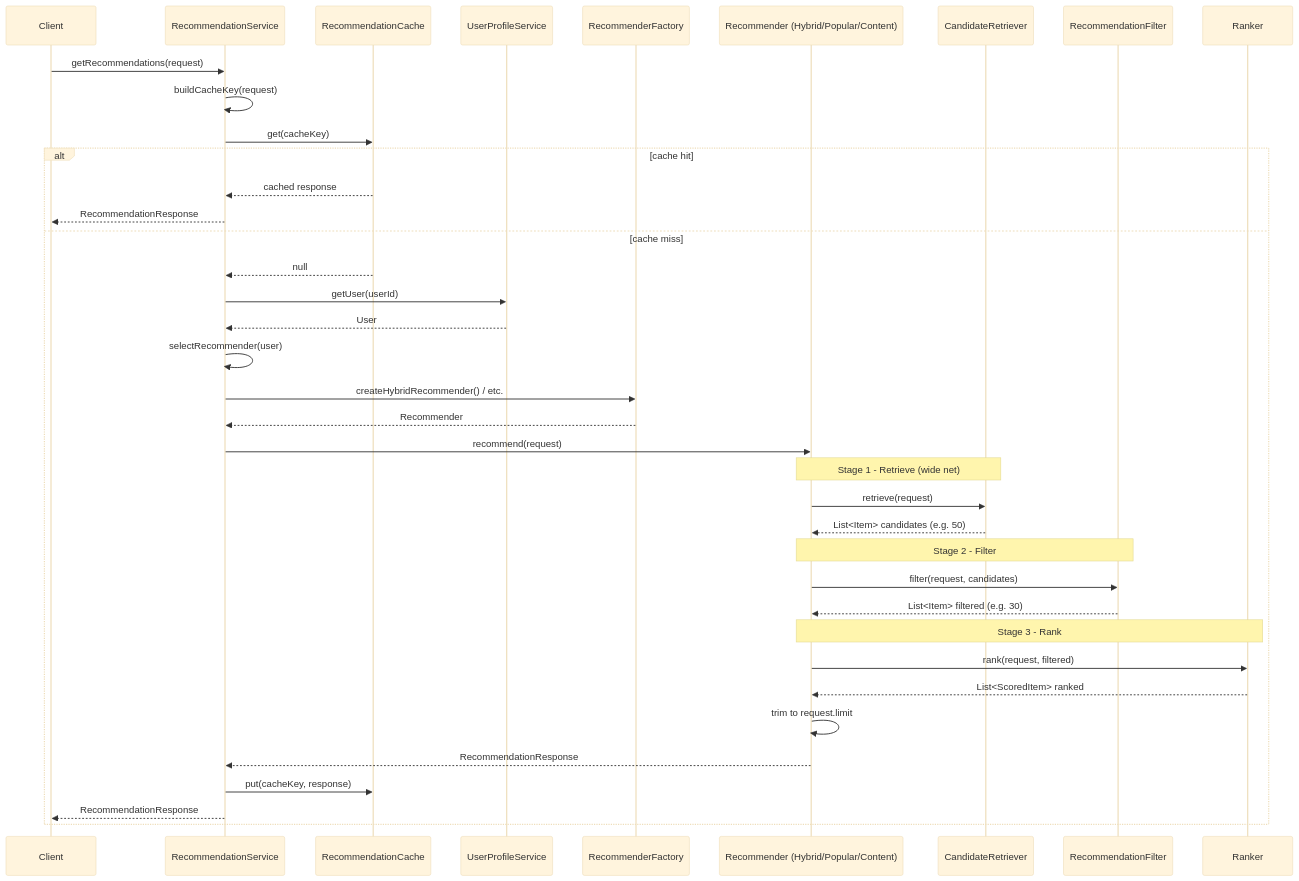
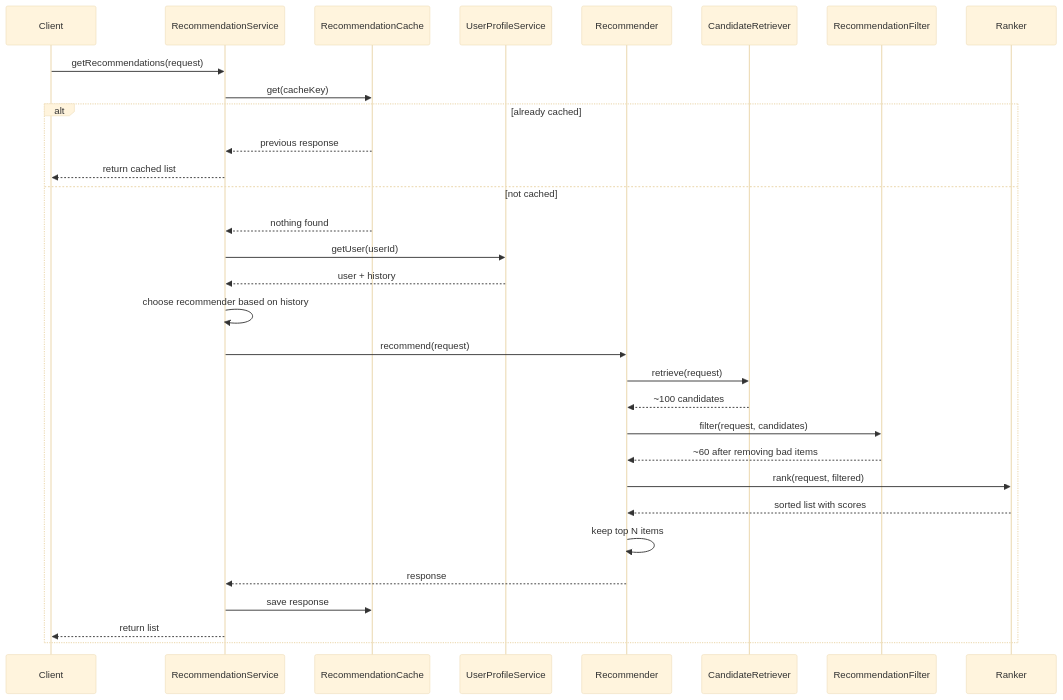
Before and after one commit to basudev1212/lld-problems: the second of 3 diagrams in recommendationservice/DESIGN.md, drawn with Mermaid (base theme). The commit also changed other lines of this file, not shown here.

Commit message:
modified the design for the recommendation service

````diff
--- a/recommendationservice/DESIGN.md
+++ b/recommendationservice/DESIGN.md
@@ -418,46 +447,40 @@
 ```mermaid
 sequenceDiagram
     participant Client
     participant RS as RecommendationService
     participant Cache as RecommendationCache
     participant UPS as UserProfileService
-    participant Factory as RecommenderFactory
-    participant Rec as Recommender (Hybrid/Popular/Content)
+    participant Rec as Recommender
     participant Ret as CandidateRetriever
     participant Fil as RecommendationFilter
     participant Rank as Ranker
 
     Client->>RS: getRecommendations(request)
-    RS->>RS: buildCacheKey(request)
+
     RS->>Cache: get(cacheKey)
-    alt cache hit
-        Cache-->>RS: cached response
-        RS-->>Client: RecommendationResponse
-    else cache miss
-        Cache-->>RS: null
+    alt already cached
+        Cache-->>RS: previous response
+        RS-->>Client: return cached list
+    else not cached
+        Cache-->>RS: nothing found
         RS->>UPS: getUser(userId)
-        UPS-->>RS: User
-        RS->>RS: selectRecommender(user)
-        RS->>Factory: createHybridRecommender() / etc.
-        Factory-->>RS: Recommender
+        UPS-->>RS: user + history
+        RS->>RS: choose recommender based on history
         RS->>Rec: recommend(request)
 
-        Note over Rec,Ret: Stage 1 - Retrieve (wide net)
         Rec->>Ret: retrieve(request)
-        Ret-->>Rec: List<Item> candidates (e.g. 50)
+        Ret-->>Rec: ~100 candidates
 
-        Note over Rec,Fil: Stage 2 - Filter
         Rec->>Fil: filter(request, candidates)
-        Fil-->>Rec: List<Item> filtered (e.g. 30)
+        Fil-->>Rec: ~60 after removing bad items
 
-        Note over Rec,Rank: Stage 3 - Rank
         Rec->>Rank: rank(request, filtered)
-        Rank-->>Rec: List<ScoredItem> ranked
+        Rank-->>Rec: sorted list with scores
 
-        Rec->>Rec: trim to request.limit
-        Rec-->>RS: RecommendationResponse
+        Rec->>Rec: keep top N items
+        Rec-->>RS: response
 
-        RS->>Cache: put(cacheKey, response)
-        RS-->>Client: RecommendationResponse
+        RS->>Cache: save response
+        RS-->>Client: return list
     end
 ```
````
